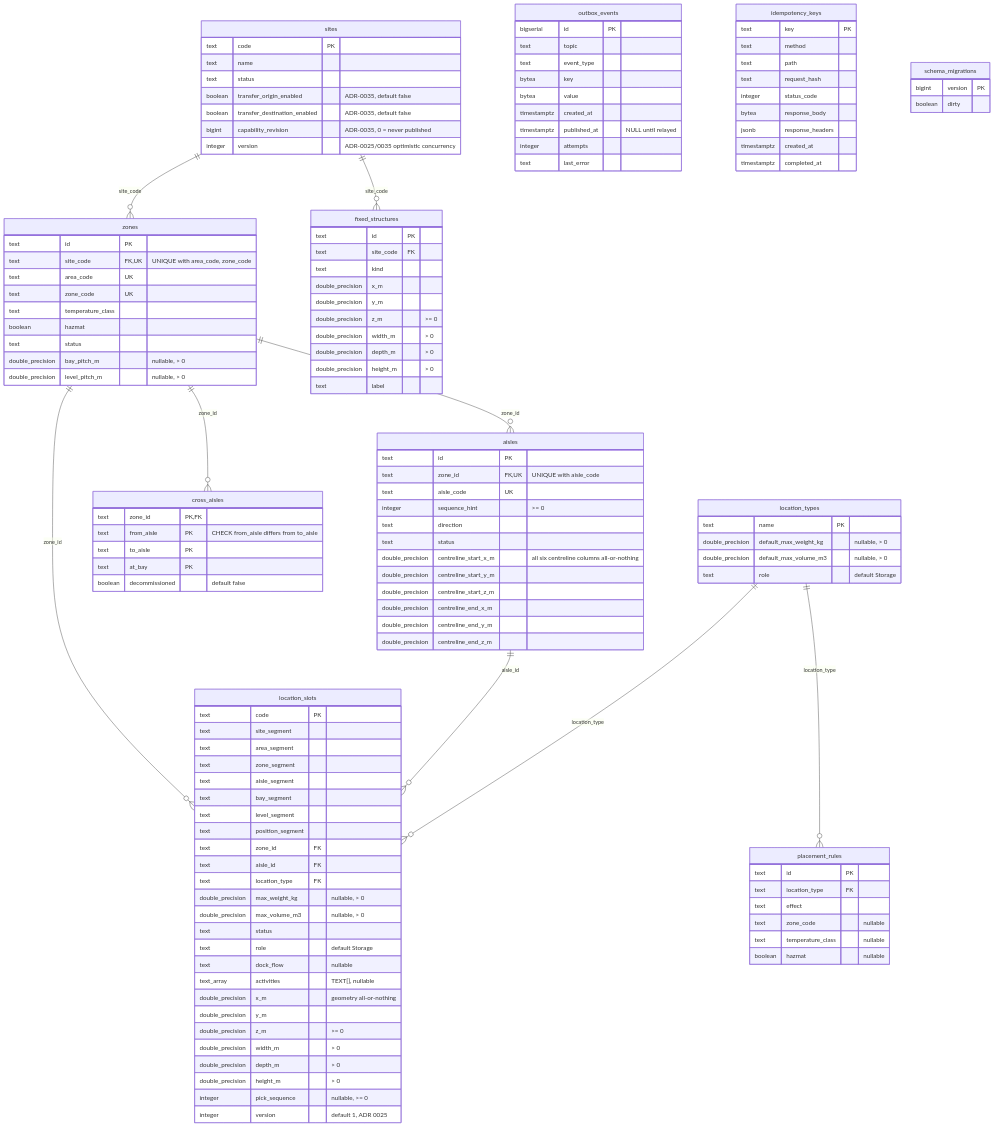
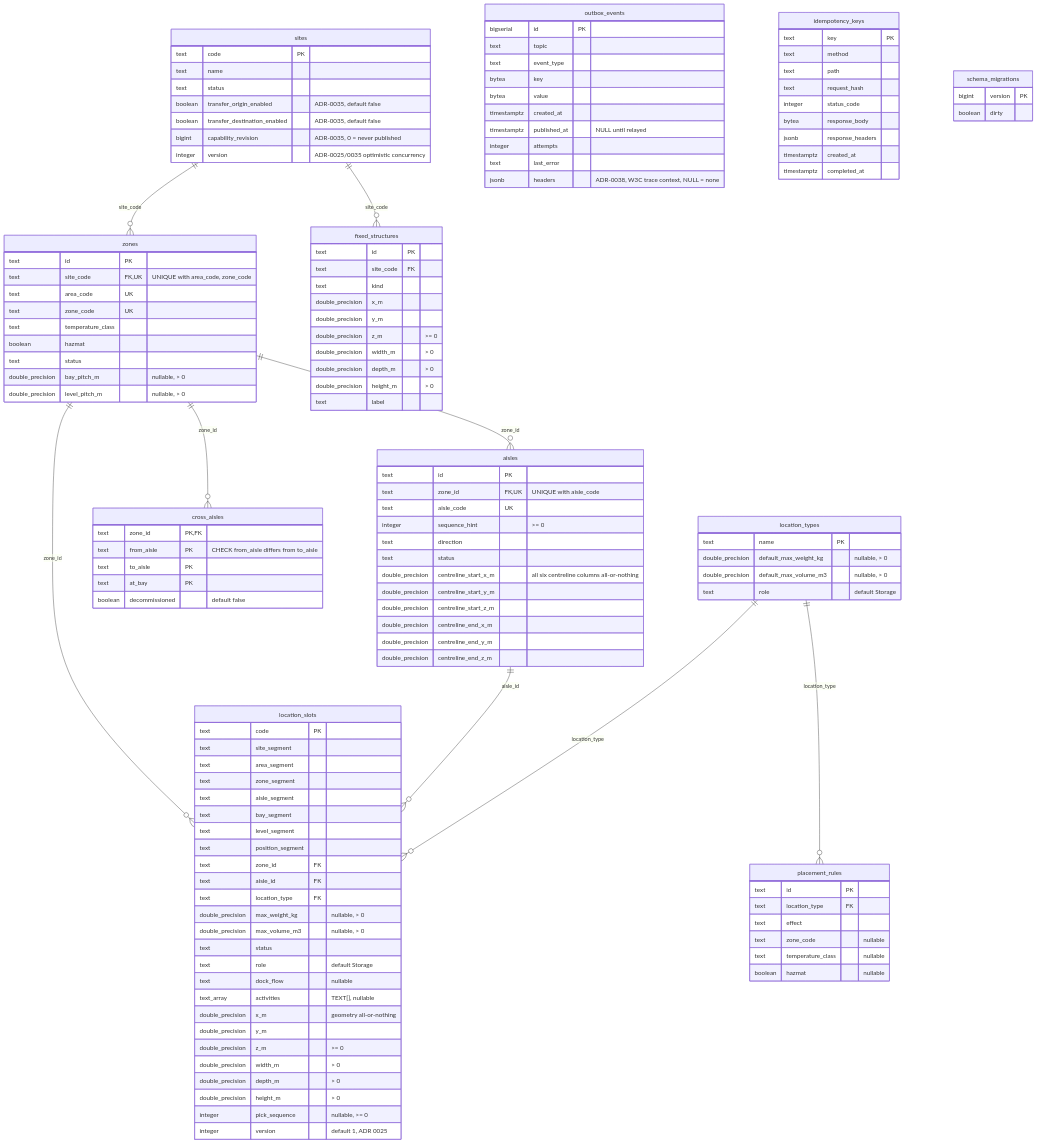
The first of 2 diagrams in docs/docs/ddd/entity-relationship.md (IQVO/facility-layout), drawn with Mermaid before and after one commit. The commit also changed 17 other files, not shown here.

First line of the commit message:
wip(outbox): carry W3C trace context across the outbox (ADR 0038, gap 15d)

```diff
--- a/docs/docs/ddd/entity-relationship.md
+++ b/docs/docs/ddd/entity-relationship.md
@@ -126,6 +126,7 @@
         timestamptz published_at "NULL until relayed"
         integer attempts
         text last_error
+        jsonb headers "ADR-0038, W3C trace context, NULL = none"
     }
     idempotency_keys {
         text key PK
```
